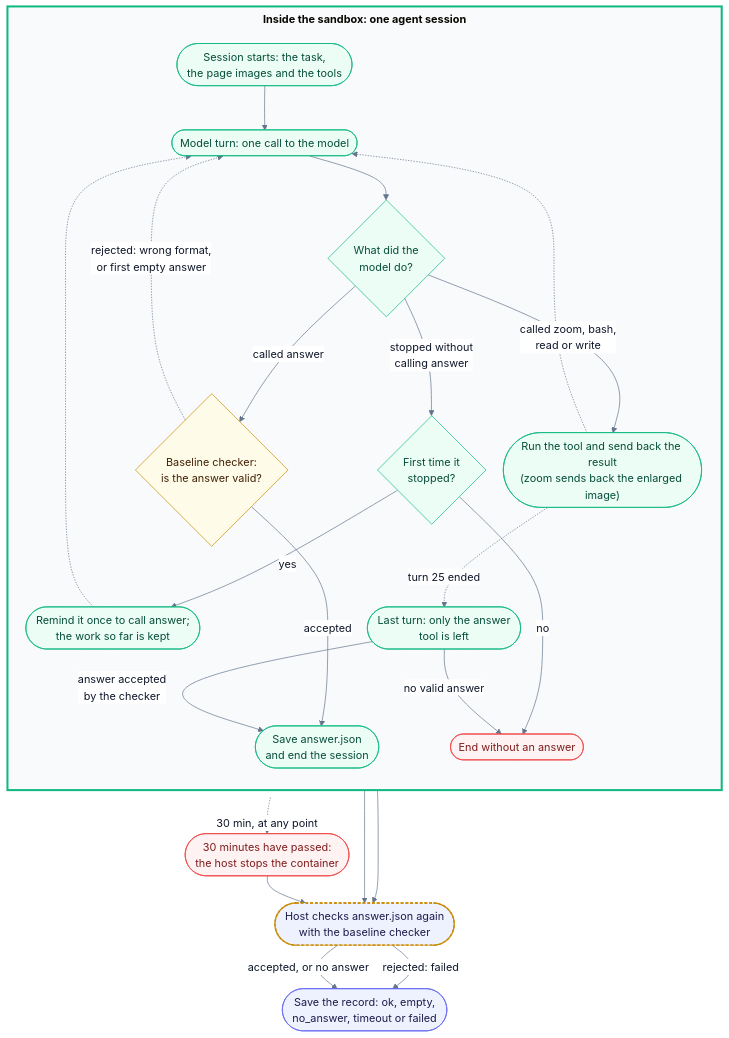
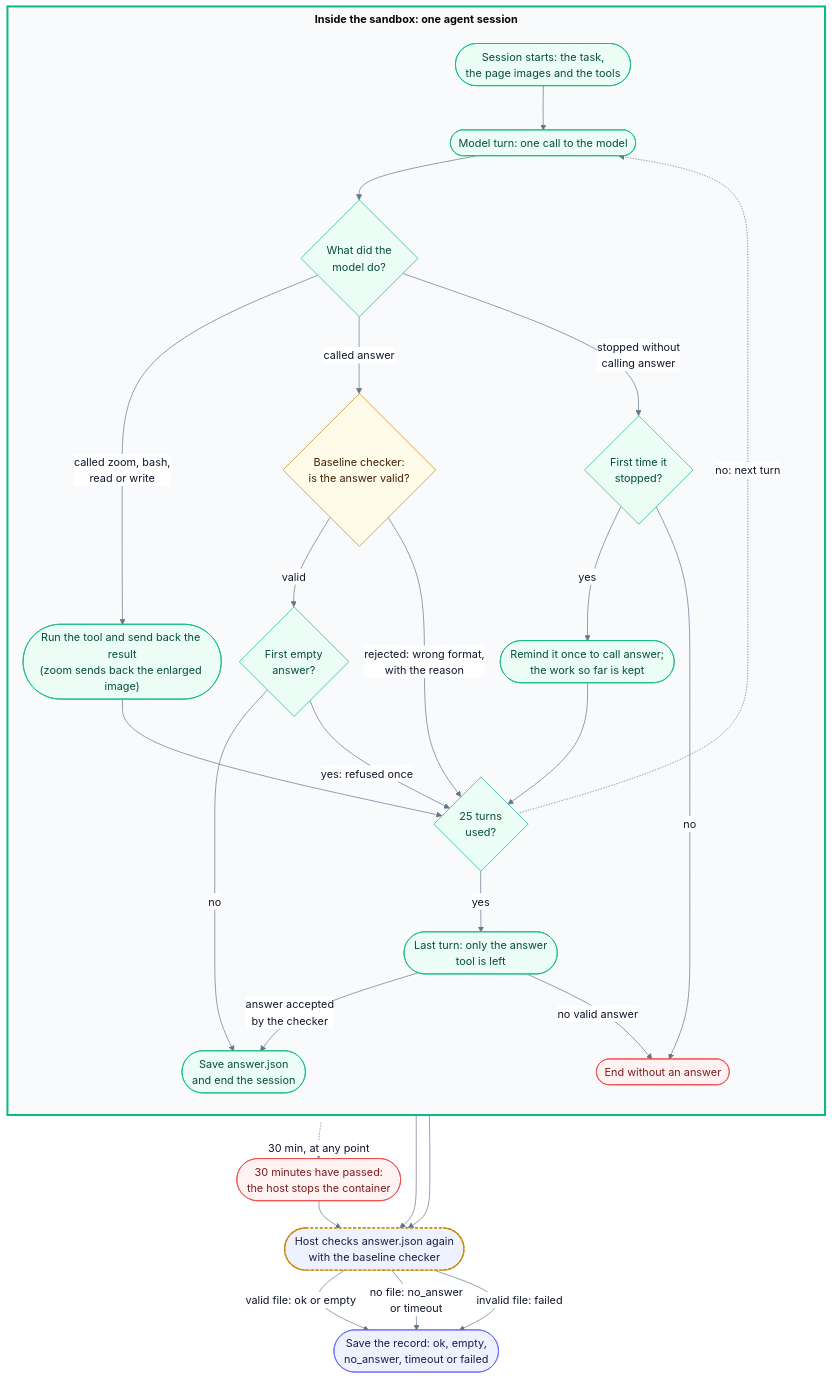
The diagram in docs/diagrams/question-states.mmd (eric15342335/AIFep-FDU.github.io), drawn with Mermaid before and after one commit. The commit also changed 10 other files, not shown here.

First line of the commit message:
Diagrams and docs: fixes from the GPT-6.2 Astra review

```diff
--- a/docs/diagrams/question-states.mmd
+++ b/docs/diagrams/question-states.mmd
@@ -1,53 +1,59 @@
 %%{init: {"theme": "base", "themeVariables": {"fontSize": "16px", "lineColor": "#64748b", "primaryTextColor": "#0f172a", "edgeLabelBackground": "#ffffff"}, "flowchart": {"nodeSpacing": 26, "rankSpacing": 40, "padding": 14, "wrappingWidth": 250, "subGraphTitleMargin": {"top": 6, "bottom": 16}}}}%%
 %% The states of one question inside its sandbox, and how the host turns the result into a record.
 %% The numbers come from the code: 25 turns and 30 minutes (AgentConfig in tableqa/agent.py); one reminder
 %% and one refused empty answer (agent/pi/extensions/tableqa.ts). Run-level rules are in run-states.mmd.
 flowchart TB
     subgraph SESSION["<b>Inside the sandbox: one agent session</b>"]
         direction TB
         start(["Session starts: the task,<br/>the page images and the tools"])
         turn(["Model turn: one call to the model"])
         what{"What did the<br/>model do?"}
         tool(["Run the tool and send back the result<br/>(zoom sends back the enlarged image)"])
         check{"Baseline checker:<br/>is the answer valid?"}
         again{"First time it<br/>stopped?"}
         remind(["Remind it once to call answer;<br/>the work so far is kept"])
         grace(["Last turn: only the answer<br/>tool is left"])
         saved(["Save answer.json<br/>and end the session"])
         noanswer(["End without an answer"])
+        empty{"First empty<br/>answer?"}
+        cap{"25 turns<br/>used?"}
         start --> turn --> what
         what -- "called zoom, bash,<br/>read or write" --> tool
         what -- "called answer" --> check
         what -- "stopped without<br/>calling answer" --> again
-        check -- "accepted" --> saved
+        check -- "valid" --> empty
+        empty -- "no" --> saved
         again -- "yes" --> remind
         again -- "no" --> noanswer
         grace -- "answer accepted<br/>by the checker" --> saved
         grace -- "no valid answer" --> noanswer
-        tool -.-> turn
-        tool -. "turn 25 ended" .-> grace
-        remind -.-> turn
-        check -. "rejected: wrong format,<br/>or first empty answer" .-> turn
+        tool --> cap
+        remind --> cap
+        check -- "rejected: wrong format,<br/>with the reason" --> cap
+        empty -- "yes: refused once" --> cap
+        cap -. "no: next turn" .-> turn
+        cap -- "yes" --> grace
     end
 
     timeout(["30 minutes have passed:<br/>the host stops the container"])
     SESSION -. "30 min, at any point" .-> timeout
     hostcheck(["Host checks answer.json again<br/>with the baseline checker"])
     saved --> hostcheck
     noanswer --> hostcheck
     timeout --> hostcheck
     record(["Save the record: ok, empty,<br/>no_answer, timeout or failed"])
-    hostcheck -- "accepted, or no answer" --> record
-    hostcheck -- "rejected: failed" --> record
+    hostcheck -- "valid file: ok or empty" --> record
+    hostcheck -- "no file: no_answer<br/>or timeout" --> record
+    hostcheck -- "invalid file: failed" --> record
 
     classDef base fill:#fefce8,stroke:#ca8a04,color:#422006
     classDef usesBase fill:#eef2ff,stroke:#ca8a04,color:#1e1b4b,stroke-width:2px,stroke-dasharray:4 3
     classDef ours fill:#eef2ff,stroke:#6366f1,color:#1e1b4b
     classDef agent fill:#ecfdf5,stroke:#10b981,color:#064e3b
     classDef bad fill:#fef2f2,stroke:#ef4444,color:#7f1d1d
     class check base
     class hostcheck usesBase
     class record ours
-    class start,turn,what,tool,again,remind,grace,saved agent
+    class start,turn,what,tool,again,remind,grace,saved,empty,cap agent
     class timeout,noanswer bad
     style SESSION fill:#f8fafc,stroke:#10b981,stroke-width:3px
```
